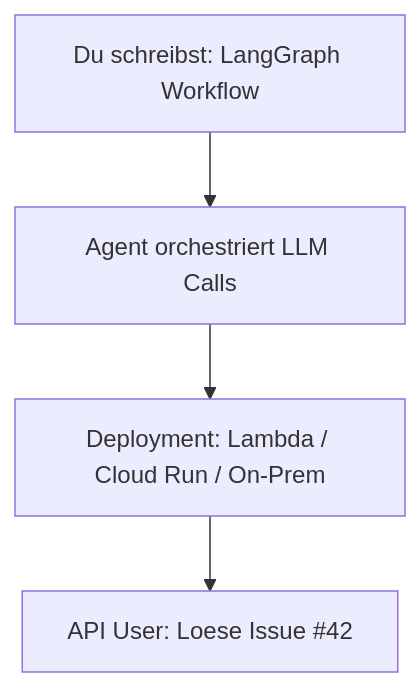
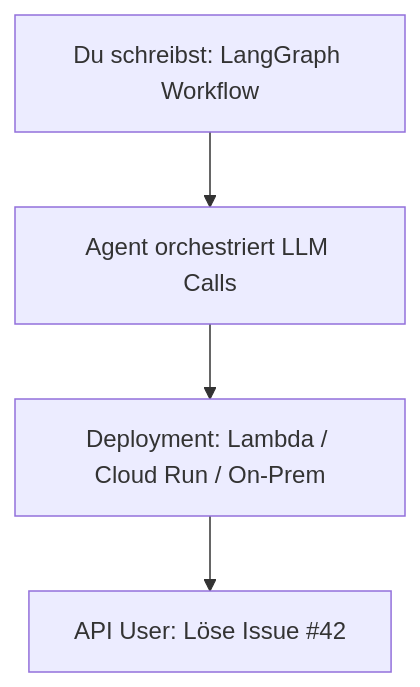
Before and after one commit to soenkelange/ai-lab-3-agentic-programming: the third of 8 diagrams in 01-agentic-foundations/agent-vs-framework.md, drawn with Mermaid. The commit also changed other lines of this file and 31 other files, not shown here.

````diff
--- a/01-agentic-foundations/agent-vs-framework.md
+++ b/01-agentic-foundations/agent-vs-framework.md
@@ -71,6 +71,6 @@
 ```mermaid
 flowchart TD
   A[Du schreibst: LangGraph Workflow] --> B[Agent orchestriert LLM Calls]
   B --> C[Deployment: Lambda / Cloud Run / On-Prem]
-  C --> D[API User: Loese Issue #42]
+  C --> D[API User: Löse Issue #42]
 ```
````
